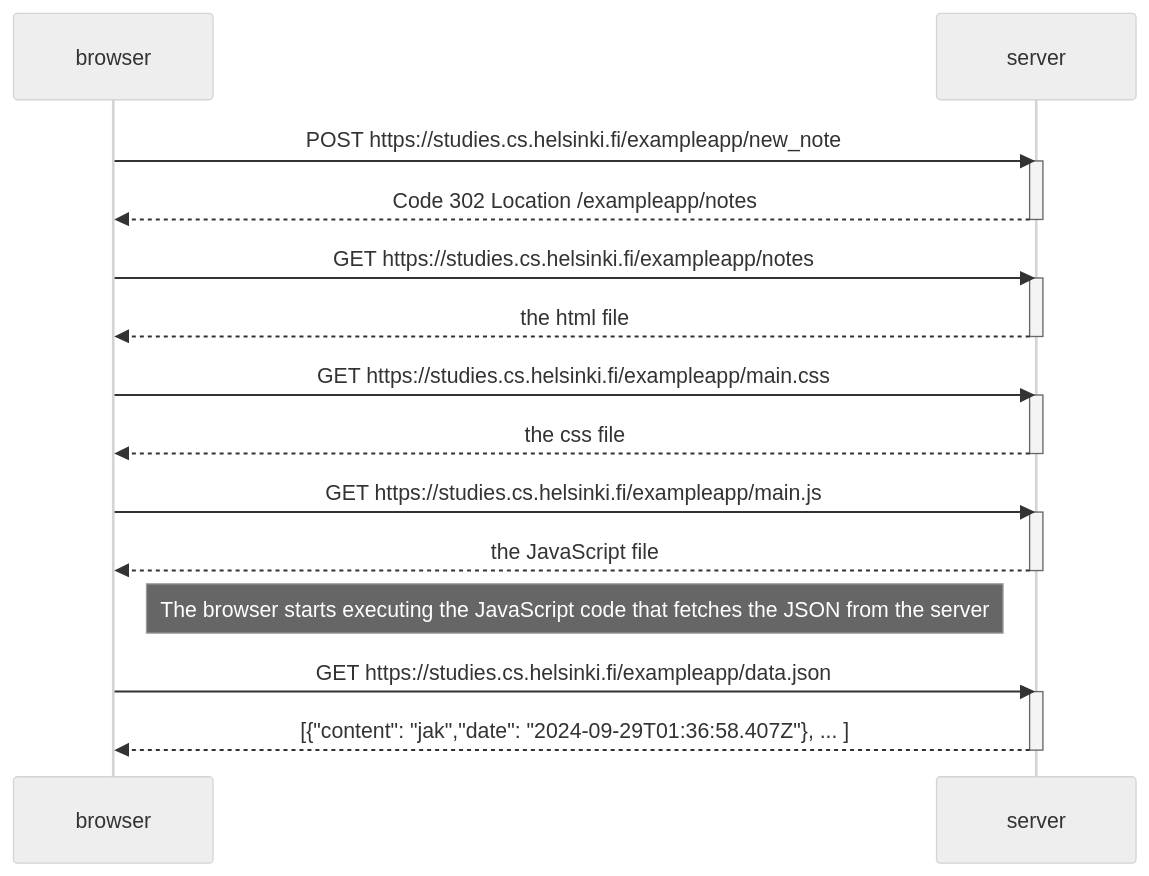
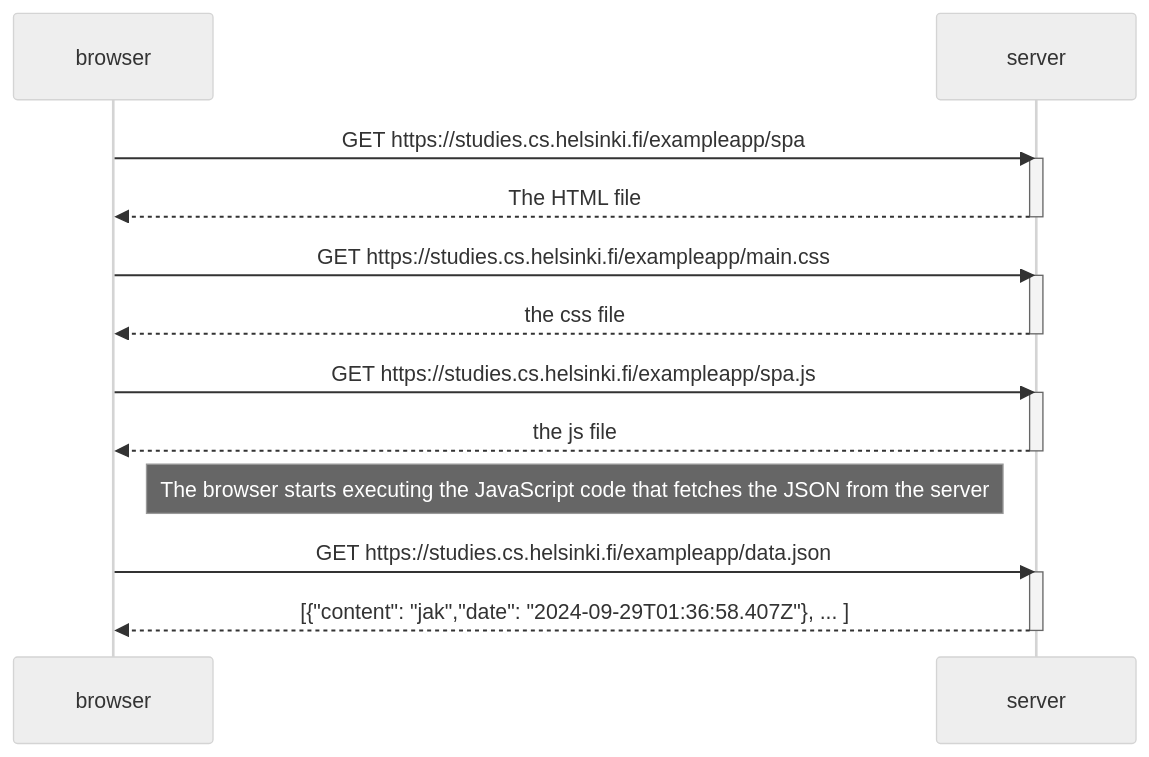
Before and after one commit to jvictorrodriguez/fullstackopen.com: the diagram in 0.5_Diagrama_de_aplicación_de_una_sola_página.md, drawn with Mermaid (neutral theme).

````diff
--- a/0.5_Diagrama_de_aplicación_de_una_sola_página.md
+++ b/0.5_Diagrama_de_aplicación_de_una_sola_página.md
@@ -1,36 +1,30 @@
 ```mermaid
 sequenceDiagram
     participant browser
     participant server
 
-    browser->>server: POST https://studies.cs.helsinki.fi/exampleapp/new_note
+    browser->>server: GET https://studies.cs.helsinki.fi/exampleapp/spa
     activate server
-    server-->>browser: Code 302 Location /exampleapp/notes
+    server-->>browser: The HTML file
     deactivate server
  
-    browser->>server: GET https://studies.cs.helsinki.fi/exampleapp/notes
+    browser->>server: GET https://studies.cs.helsinki.fi/exampleapp/main.css
     activate server
-    server-->>browser: the html file
-    deactivate server
-
-    browser->>server: GET https://studies.cs.helsinki.fi/exampleapp/main.css
-    activate server 
     server-->>browser: the css file
     deactivate server
 
-    browser->>server: GET https://studies.cs.helsinki.fi/exampleapp/main.js
-    activate server
-    server-->>browser: the JavaScript file
+    browser->>server: GET https://studies.cs.helsinki.fi/exampleapp/spa.js
+    activate server 
+    server-->>browser: the js file
     deactivate server
 
     Note right of browser: The browser starts executing the JavaScript code that fetches the JSON from the server
-
 
     browser->>server: GET https://studies.cs.helsinki.fi/exampleapp/data.json
     activate server
     server-->>browser: [{"content": "jak","date": "2024-09-29T01:36:58.407Z"}, ... ]
     deactivate server
 
     
 
 ```
````
